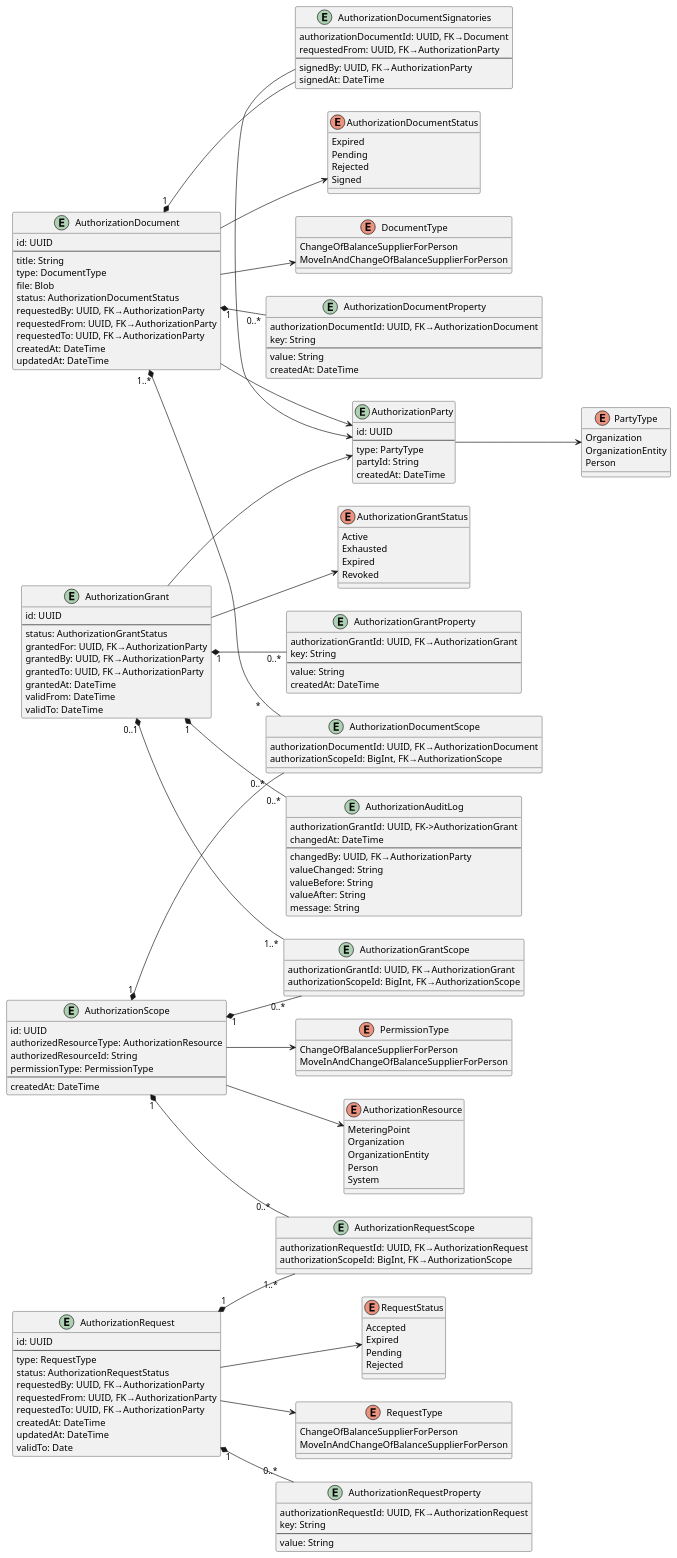
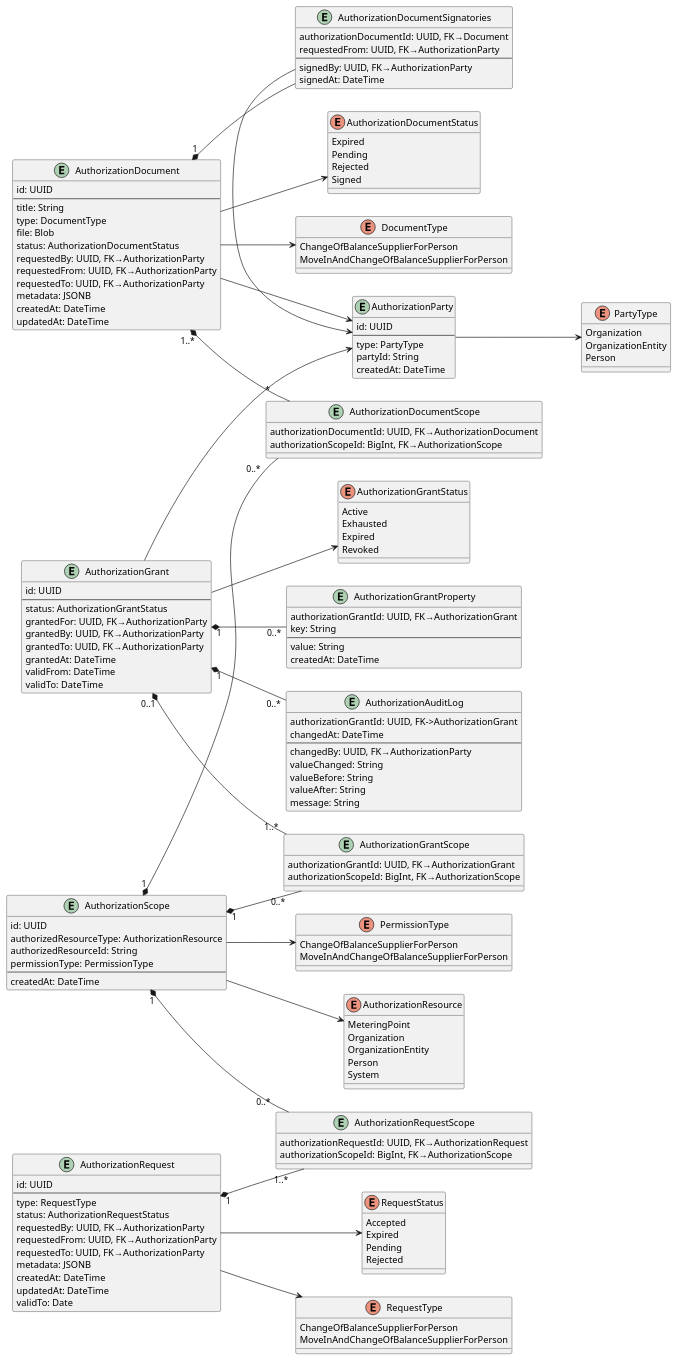
One commit to elhub/auth-grant-manager changed the diagram in docs/assets/datamodel.plantuml. Above: the diagram before and after it, drawn with PlantUML. The commit also changed 41 other files, not shown here.

Commit message:
Store Document and Request metadata as one blob

```diff
--- a/docs/assets/datamodel.plantuml
+++ b/docs/assets/datamodel.plantuml
@@ -1,198 +1,183 @@
 @startuml datamodel
 left to right direction
 'top to bottom direction
 
 ' The PartyId is a type that is used to identify a party
 ' It can be an elhub user Id or a GLN. It is a string because it can be a UUID or a GLN-number
 ' type PartyId = String
 
 enum AuthorizationGrantStatus {
   Active
   Exhausted
   Expired
   Revoked
 }
 
 enum PermissionType {
   ChangeOfBalanceSupplierForPerson
   MoveInAndChangeOfBalanceSupplierForPerson
 }
 
 enum AuthorizationDocumentStatus {
   Expired
   Pending
   Rejected
   Signed
 }
 
 enum RequestStatus {
   Accepted
   Expired
   Pending
   Rejected
 }
 
 enum AuthorizationResource {
   MeteringPoint
   Organization
   OrganizationEntity
   Person
   System
 }
 
 enum PartyType {
   Organization
   OrganizationEntity
   Person
 }
 
 enum DocumentType {
   ChangeOfBalanceSupplierForPerson
   MoveInAndChangeOfBalanceSupplierForPerson
 }
 
 enum RequestType {
   ChangeOfBalanceSupplierForPerson
   MoveInAndChangeOfBalanceSupplierForPerson
 }
 
 entity AuthorizationGrant {
   id: UUID
   --
   status: AuthorizationGrantStatus
   grantedFor: UUID, FK→AuthorizationParty /' The party for whom the grant is made '/
   grantedBy: UUID, FK→AuthorizationParty /' The party that made/signed the grant '/
   grantedTo: UUID, FK→AuthorizationParty /' The party that is given the rights by the grant '/
   grantedAt: DateTime
   validFrom: DateTime
   validTo: DateTime
 }
 
 ' Used to store metadata related to the AuthorizationGrant
 entity AuthorizationGrantProperty {
   authorizationGrantId: UUID, FK→AuthorizationGrant
   key: String
   --
   value: String
   createdAt: DateTime
 }
 
 entity AuthorizationAuditLog {
   authorizationGrantId: UUID, FK->AuthorizationGrant
   changedAt: DateTime
   --
   changedBy: UUID, FK→AuthorizationParty
   valueChanged: String
   valueBefore: String
   valueAfter: String
   message: String
 }
 
 entity AuthorizationRequest {
   id: UUID
   --
   type: RequestType
   status: AuthorizationRequestStatus
   requestedBy: UUID, FK→AuthorizationParty  /' The party that made the request '/
   requestedFrom: UUID, FK→AuthorizationParty /' The party that the request is made to '/
   requestedTo: UUID, FK→AuthorizationParty   /' The party that is expected to respond to the request '/
+  metadata: JSONB
   createdAt: DateTime
   updatedAt: DateTime
   validTo: Date
-}
-
-entity AuthorizationRequestProperty {
-  authorizationRequestId: UUID, FK→AuthorizationRequest
-  key: String
-  --
-  value: String
 }
 
 ' In this model it is assumed that the metadata is stored in the document.
 entity AuthorizationDocument {
   id: UUID
   --
   title: String
   type: DocumentType
   file: Blob
   status: AuthorizationDocumentStatus
   requestedBy: UUID, FK→AuthorizationParty  /' The party that requested the document '/
   requestedFrom: UUID, FK→AuthorizationParty /' The party that the document is issued for '/
   requestedTo: UUID, FK→AuthorizationParty   /' The party that is expected to sign the document '/
+  metadata: JSONB
   createdAt: DateTime
   updatedAt: DateTime
-}
-
-entity AuthorizationDocumentProperty {
-  authorizationDocumentId: UUID, FK→AuthorizationDocument
-  key: String
-  --
-  value: String
-  createdAt: DateTime
 }
 
 entity AuthorizationDocumentSignatories {
   authorizationDocumentId: UUID, FK→Document
   requestedFrom: UUID, FK→AuthorizationParty
   --
   signedBy: UUID, FK→AuthorizationParty
   signedAt: DateTime
 }
 
 entity AuthorizationGrantScope {
   authorizationGrantId: UUID, FK→AuthorizationGrant
   authorizationScopeId: BigInt, FK→AuthorizationScope
 }
 
 entity AuthorizationDocumentScope {
   authorizationDocumentId: UUID, FK→AuthorizationDocument
   authorizationScopeId: BigInt, FK→AuthorizationScope
 }
 
 entity AuthorizationRequestScope {
   authorizationRequestId: UUID, FK→AuthorizationRequest
   authorizationScopeId: BigInt, FK→AuthorizationScope
 }
 
 entity AuthorizationScope {
   id: UUID
   authorizedResourceType: AuthorizationResource
   authorizedResourceId: String
   permissionType: PermissionType
   --
   createdAt: DateTime
 }
 
 entity AuthorizationParty {
   id: UUID
   --
   type: PartyType
   partyId: String
   createdAt: DateTime
 }
 
 ' Relationships
 AuthorizationGrant "1" *-- "0..*" AuthorizationGrantProperty
 AuthorizationGrant "0..1" *-- "1..*" AuthorizationGrantScope
 AuthorizationGrant "1" *-- "0..*" AuthorizationAuditLog
 AuthorizationGrant --> AuthorizationGrantStatus
 AuthorizationGrant --> AuthorizationParty
 AuthorizationScope --> AuthorizationResource
 AuthorizationScope --> PermissionType
 AuthorizationScope "1" *-- "0..*" AuthorizationGrantScope
 AuthorizationScope "1" *-- "0..*" AuthorizationRequestScope
 AuthorizationScope "1" *-- "0..*" AuthorizationDocumentScope
-AuthorizationDocument "1" *-- "0..*" AuthorizationDocumentProperty
 AuthorizationDocument "1" *-- AuthorizationDocumentSignatories
 AuthorizationDocument "1..*" *-- "*" AuthorizationDocumentScope
 AuthorizationDocument --> DocumentType
 AuthorizationDocument --> AuthorizationDocumentStatus
 AuthorizationDocument --> AuthorizationParty
 AuthorizationDocumentSignatories -> AuthorizationParty
-AuthorizationRequest "1" *-- "0..*" AuthorizationRequestProperty
 AuthorizationRequest "1" *-- "1..*" AuthorizationRequestScope
 AuthorizationRequest --> RequestType
 AuthorizationRequest --> RequestStatus
 AuthorizationParty --> PartyType
 
 @enduml
```
